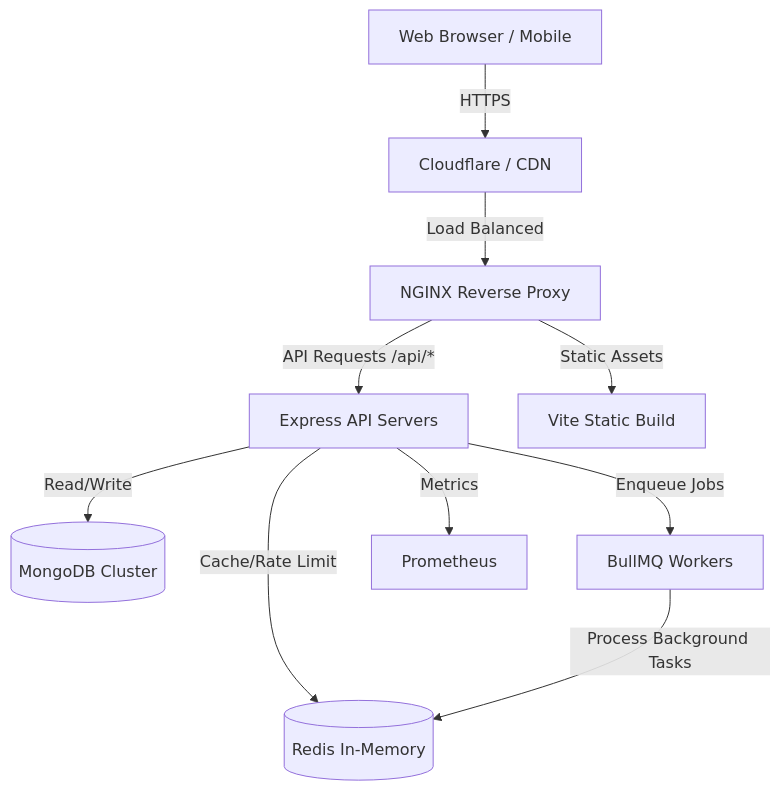
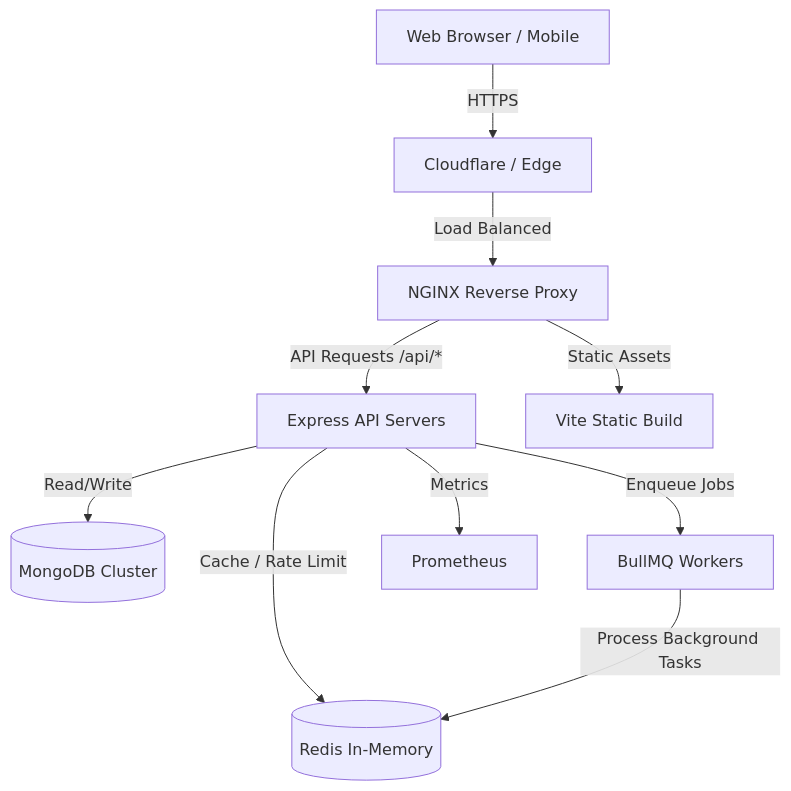
The first of 5 diagrams in README.md (prawinkumar2k/suvaialaya), drawn with Mermaid before and after one commit. The commit also changed other lines of this file and 2 other files, not shown here.

````diff
--- a/README.md
+++ b/README.md
@@ -28,12 +31,12 @@
 ```mermaid
 graph TD
-    Client[Web Browser / Mobile] -->|HTTPS| CDN[Cloudflare / CDN]
+    Client[Web Browser / Mobile] -->|HTTPS| CDN[Cloudflare / Edge]
     CDN -->|Load Balanced| NGINX[NGINX Reverse Proxy]
     NGINX -->|API Requests /api/*| API[Express API Servers]
     NGINX -->|Static Assets| Static[Vite Static Build]
     API -->|Read/Write| DB[(MongoDB Cluster)]
-    API -->|Cache/Rate Limit| Redis[(Redis In-Memory)]
+    API -->|Cache / Rate Limit| Redis[(Redis In-Memory)]
     API -->|Enqueue Jobs| Queue[BullMQ Workers]
     Queue -->|Process Background Tasks| Redis
     API -->|Metrics| Prom[Prometheus]
 ```
````
